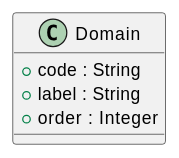
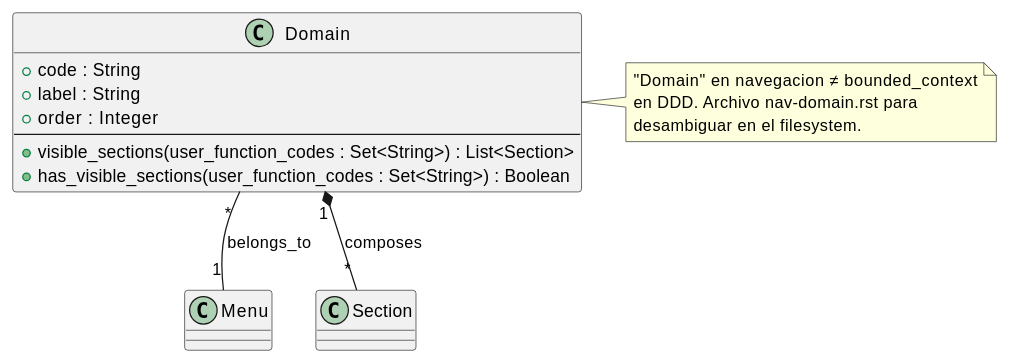
The diagram in source/arquitectura-tecnica/domain-model/nav-domain.rst (jcg-admin/IACT-docs), drawn with PlantUML before and after one commit. The commit also changed other lines of this file and 10 other files, not shown here.

First line of the commit message:
Complete 10 RBAC bounded context domain-model stubs (1.0.0)

```diff
--- a/source/arquitectura-tecnica/domain-model/nav-domain.rst
+++ b/source/arquitectura-tecnica/domain-model/nav-domain.rst
@@ -25,12 +30,28 @@
 .. uml::
- :caption: Clase Domain — stub pendiente de desarrollo.
+ :caption: Clase Domain (nav) — raíz de la jerarquía de
+           navegación del menú.
 
  @startuml
 
  class Domain {
-  + code : String
-  + label : String
-  + order : Integer
+   + code : String
+   + label : String
+   + order : Integer
+   --
+   + visible_sections(user_function_codes : Set<String>) : List<Section>
+   + has_visible_sections(user_function_codes : Set<String>) : Boolean
  }
 
+ class Menu
+ class Section
+
+ Domain "*" -- "1" Menu : belongs_to
+ Domain "1" *-- "*" Section : composes
+
+ note right of Domain
+   "Domain" en navegacion ≠ bounded_context
+   en DDD. Archivo nav-domain.rst para
+   desambiguar en el filesystem.
+ end note
+
  @enduml
```
